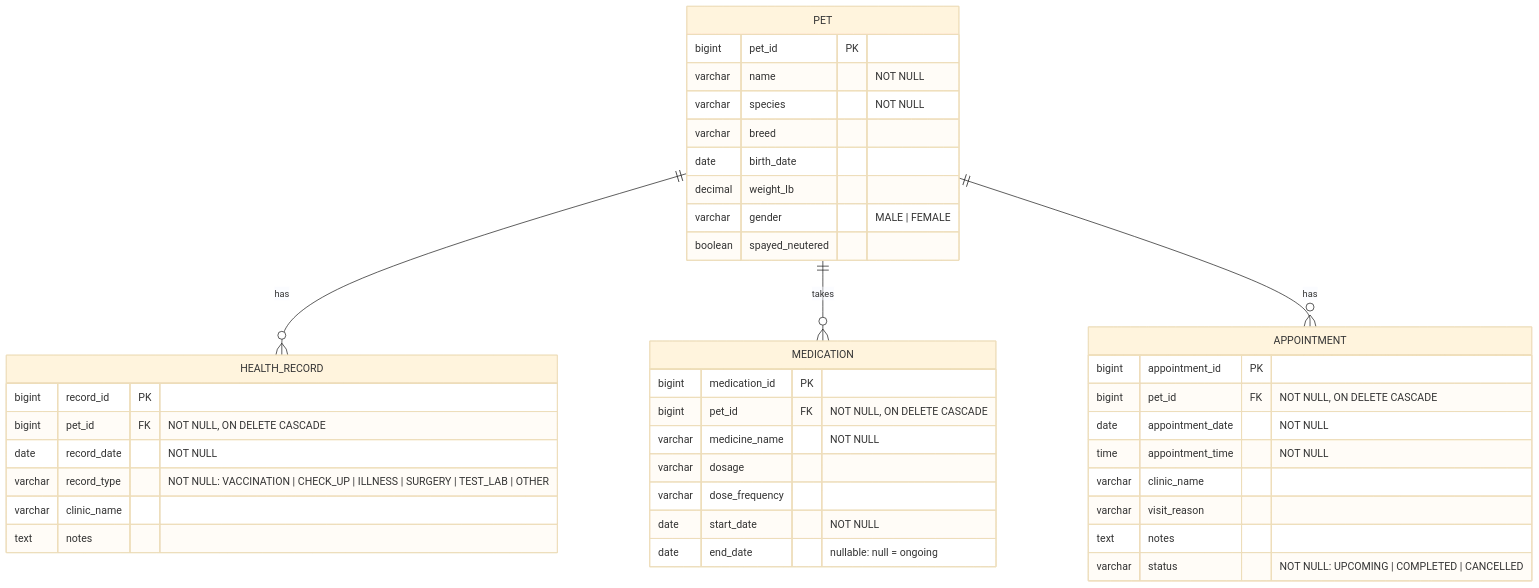
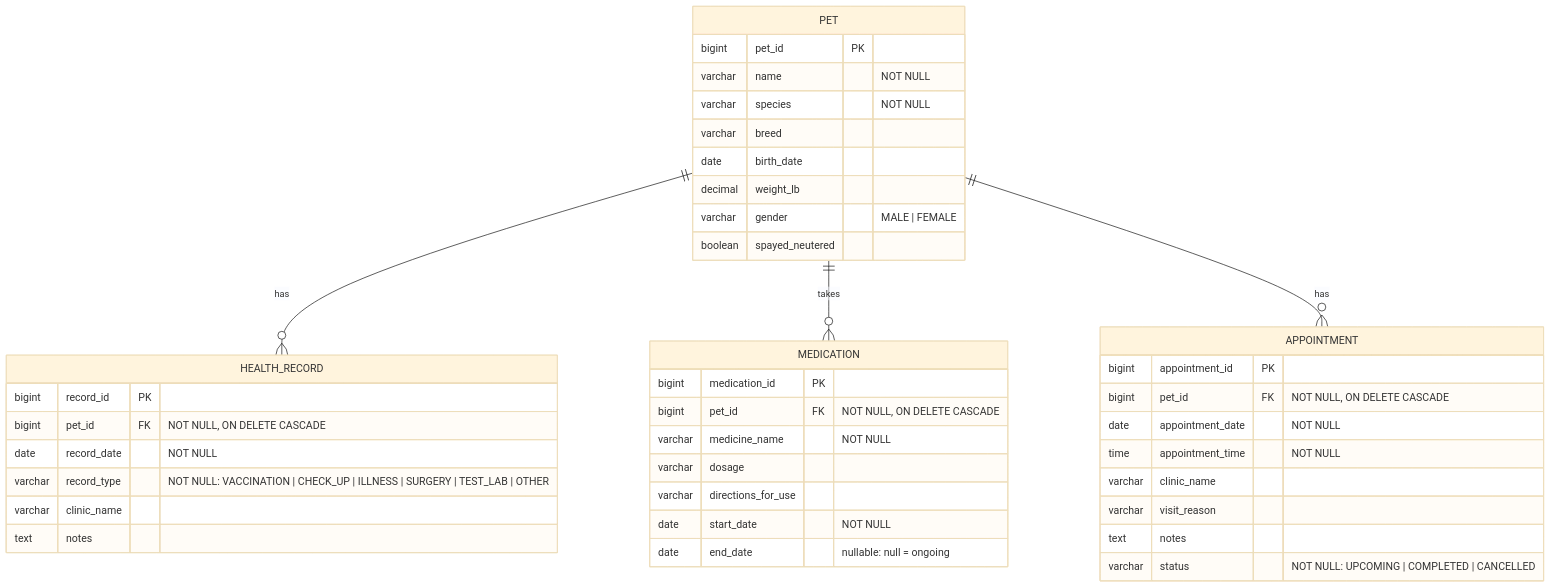
Before and after one commit to tobykpcheng/pet-health-tracker: the diagram in designs/db-design/pet-health-erd.md, drawn with Mermaid (base theme). The commit also changed 7 other files, not shown here.

First line of the commit message:
Rename medication doseFrequency to directionsForUse

````diff
--- a/designs/db-design/pet-health-erd.md
+++ b/designs/db-design/pet-health-erd.md
@@ -7,47 +7,47 @@
 ```mermaid
 erDiagram
     PET  ||--o{ HEALTH_RECORD : has
     PET  ||--o{ MEDICATION : takes
     PET  ||--o{ APPOINTMENT : has
 
     PET {
         bigint  pet_id PK
         varchar name "NOT NULL"
         varchar species "NOT NULL"
         varchar breed
         date    birth_date
         decimal weight_lb
         varchar gender "MALE | FEMALE"
         boolean spayed_neutered
     }
 
     HEALTH_RECORD {
         bigint  record_id PK
         bigint  pet_id FK "NOT NULL, ON DELETE CASCADE"
         date    record_date "NOT NULL"
         varchar record_type "NOT NULL: VACCINATION | CHECK_UP | ILLNESS | SURGERY | TEST_LAB | OTHER"
         varchar clinic_name
         text    notes
     }
 
     MEDICATION {
         bigint  medication_id PK
         bigint  pet_id FK "NOT NULL, ON DELETE CASCADE"
         varchar medicine_name "NOT NULL"
         varchar dosage
-        varchar dose_frequency
+        varchar directions_for_use
         date    start_date "NOT NULL"
         date    end_date "nullable: null = ongoing"
     }
 
     APPOINTMENT {
         bigint  appointment_id PK
         bigint  pet_id FK "NOT NULL, ON DELETE CASCADE"
         date    appointment_date "NOT NULL"
         time    appointment_time "NOT NULL"
         varchar clinic_name
         varchar visit_reason
         text    notes
         varchar status "NOT NULL: UPCOMING | COMPLETED | CANCELLED"
     }
 ```
````
